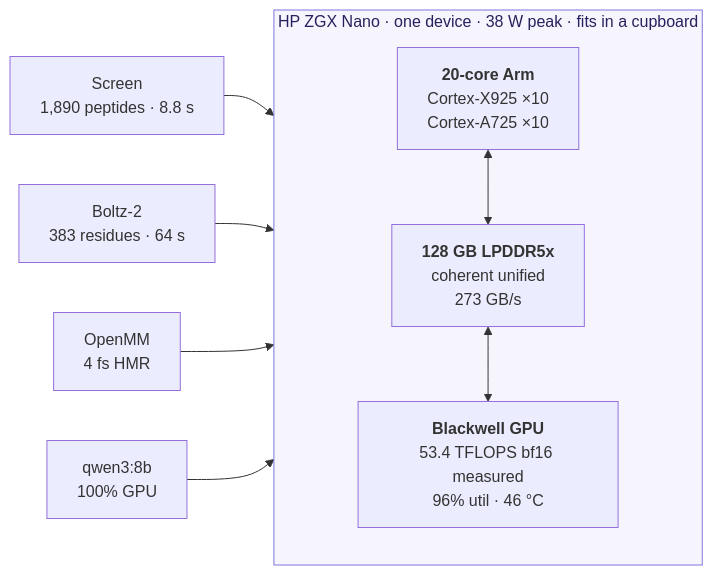
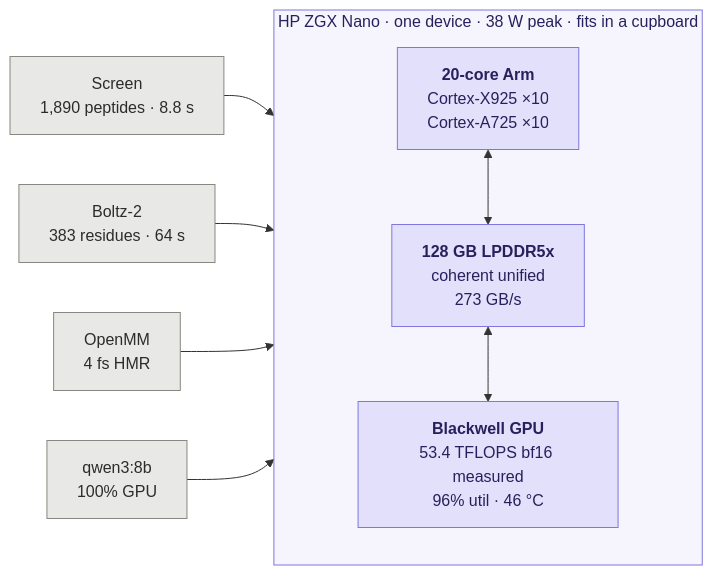
The sixth of 7 diagrams in README.md (nitishsjsucs/neofold-edge), drawn with Mermaid before and after one commit. The commit also changed other lines of this file, not shown here.

````diff
--- a/README.md
+++ b/README.md
@@ -336,15 +340,19 @@
 ```mermaid
 flowchart LR
     subgraph N["HP ZGX Nano · one device · 38 W peak · fits in a cupboard"]
         direction TB
         cpu["<b>20-core Arm</b><br/>Cortex-X925 ×10<br/>Cortex-A725 ×10"]
         mem["<b>128 GB LPDDR5x</b><br/>coherent unified<br/>273 GB/s"]
         gpu["<b>Blackwell GPU</b><br/>53.4 TFLOPS bf16 measured<br/>96% util · 46 °C"]
         cpu <--> mem <--> gpu
     end
     S["Screen<br/>1,890 peptides · 8.8 s"] --> cpu
     B["Boltz-2<br/>383 residues · 64 s"] --> gpu
     O["OpenMM<br/>4 fs HMR"] --> gpu
     L["qwen3:8b<br/>100% GPU"] --> gpu
+    classDef hw fill:#e2e0fb,stroke:#7f77dd,color:#26215c
+    classDef job fill:#e8e8e6,stroke:#888780,color:#2c2c2a
+    class cpu,mem,gpu hw
+    class S,B,O,L job
     style N fill:#f6f5fe,stroke:#7f77dd,color:#26215c
 ```
````
